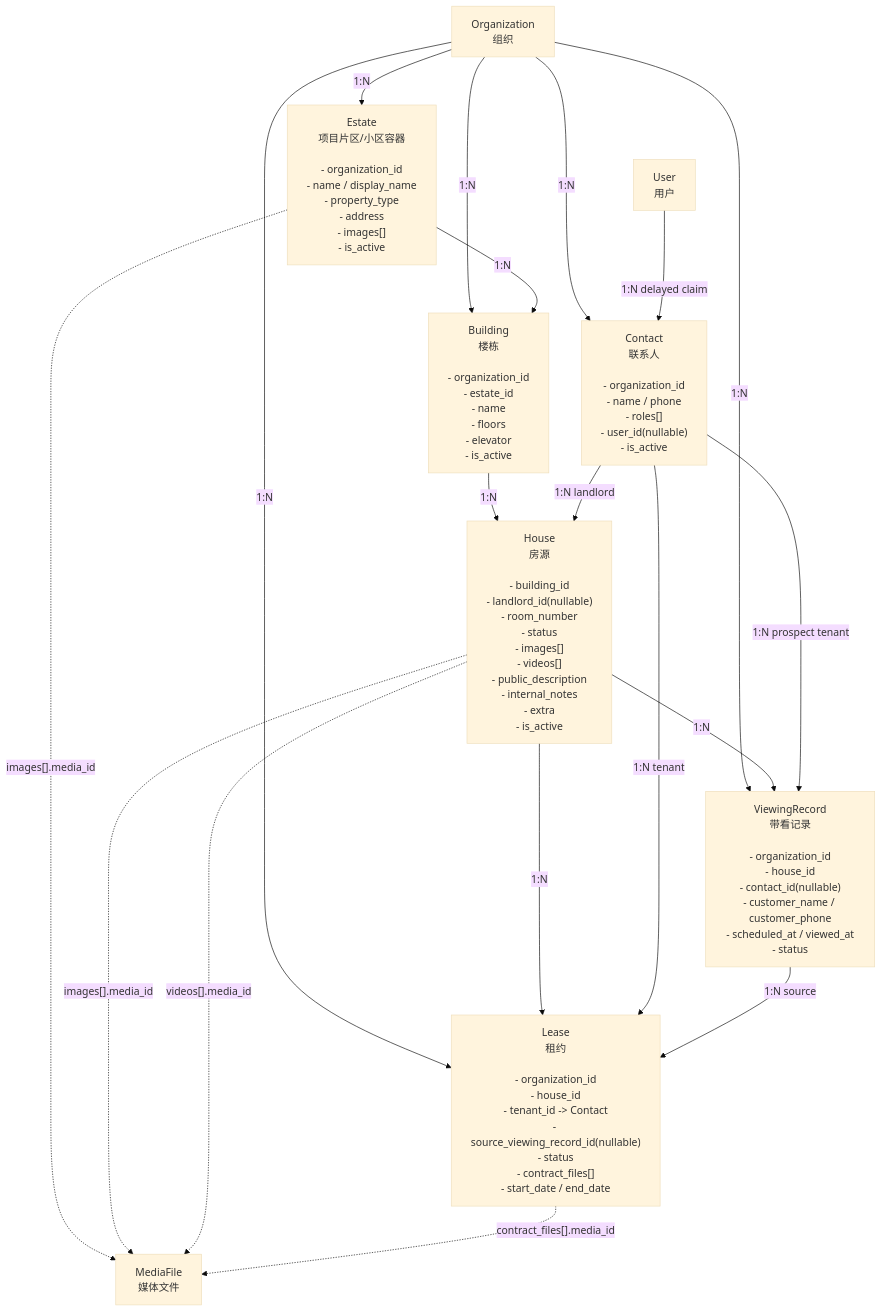
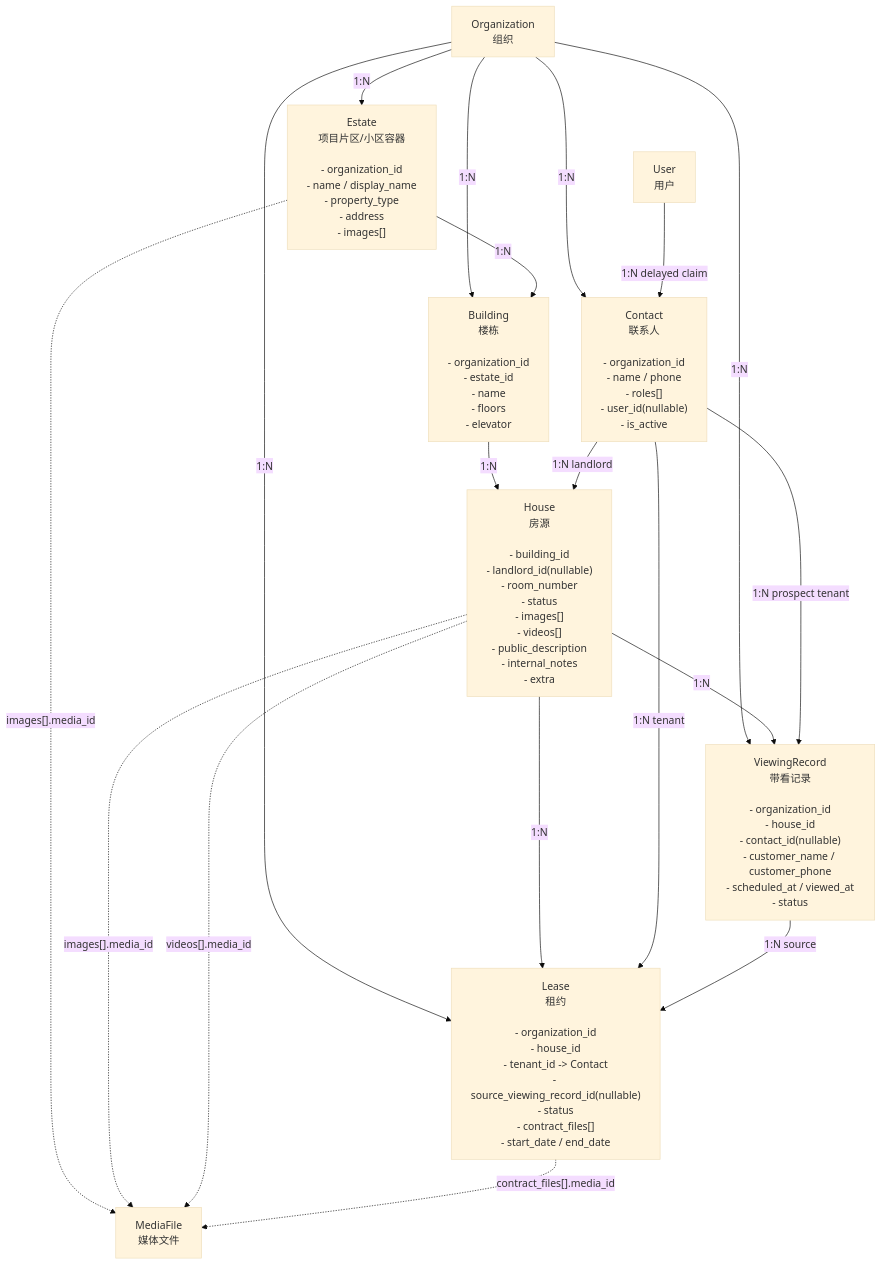
One commit to ol0o0lo/linkcloud-space changed the third of 5 diagrams in openspec/changes/property-rental-management/design.md. Above: the diagram before and after it, drawn with Mermaid (base theme). The commit also changed other lines of this file and 10 other files, not shown here.

````diff
--- a/openspec/changes/property-rental-management/design.md
+++ b/openspec/changes/property-rental-management/design.md
@@ -343,33 +327,33 @@
 ```mermaid
 flowchart TD
     org["Organization<br/>组织"]
     user["User<br/>用户"]
     media["MediaFile<br/>媒体文件"]
 
-    estate["Estate<br/>项目片区/小区容器<br/><br/>- organization_id<br/>- name / display_name<br/>- property_type<br/>- address<br/>- images[]<br/>- is_active"]
-    building["Building<br/>楼栋<br/><br/>- organization_id<br/>- estate_id<br/>- name<br/>- floors<br/>- elevator<br/>- is_active"]
-    house["House<br/>房源<br/><br/>- building_id<br/>- landlord_id(nullable)<br/>- room_number<br/>- status<br/>- images[]<br/>- videos[]<br/>- public_description<br/>- internal_notes<br/>- extra<br/>- is_active"]
+    estate["Estate<br/>项目片区/小区容器<br/><br/>- organization_id<br/>- name / display_name<br/>- property_type<br/>- address<br/>- images[]"]
+    building["Building<br/>楼栋<br/><br/>- organization_id<br/>- estate_id<br/>- name<br/>- floors<br/>- elevator"]
+    house["House<br/>房源<br/><br/>- building_id<br/>- landlord_id(nullable)<br/>- room_number<br/>- status<br/>- images[]<br/>- videos[]<br/>- public_description<br/>- internal_notes<br/>- extra"]
     contact["Contact<br/>联系人<br/><br/>- organization_id<br/>- name / phone<br/>- roles[]<br/>- user_id(nullable)<br/>- is_active"]
     viewing["ViewingRecord<br/>带看记录<br/><br/>- organization_id<br/>- house_id<br/>- contact_id(nullable)<br/>- customer_name / customer_phone<br/>- scheduled_at / viewed_at<br/>- status"]
     lease["Lease<br/>租约<br/><br/>- organization_id<br/>- house_id<br/>- tenant_id -> Contact<br/>- source_viewing_record_id(nullable)<br/>- status<br/>- contract_files[]<br/>- start_date / end_date"]
 
     org -->|"1:N"| estate
     org -->|"1:N"| building
     org -->|"1:N"| contact
     org -->|"1:N"| viewing
     org -->|"1:N"| lease
 
     estate -->|"1:N"| building
     building -->|"1:N"| house
     contact -->|"1:N landlord"| house
     house -->|"1:N"| viewing
     contact -->|"1:N prospect tenant"| viewing
     house -->|"1:N"| lease
     contact -->|"1:N tenant"| lease
     viewing -->|"1:N source"| lease
     user -->|"1:N delayed claim"| contact
     estate -.->|"images[].media_id"| media
     house -.->|"images[].media_id"| media
     house -.->|"videos[].media_id"| media
     lease -.->|"contract_files[].media_id"| media
 ```
````
